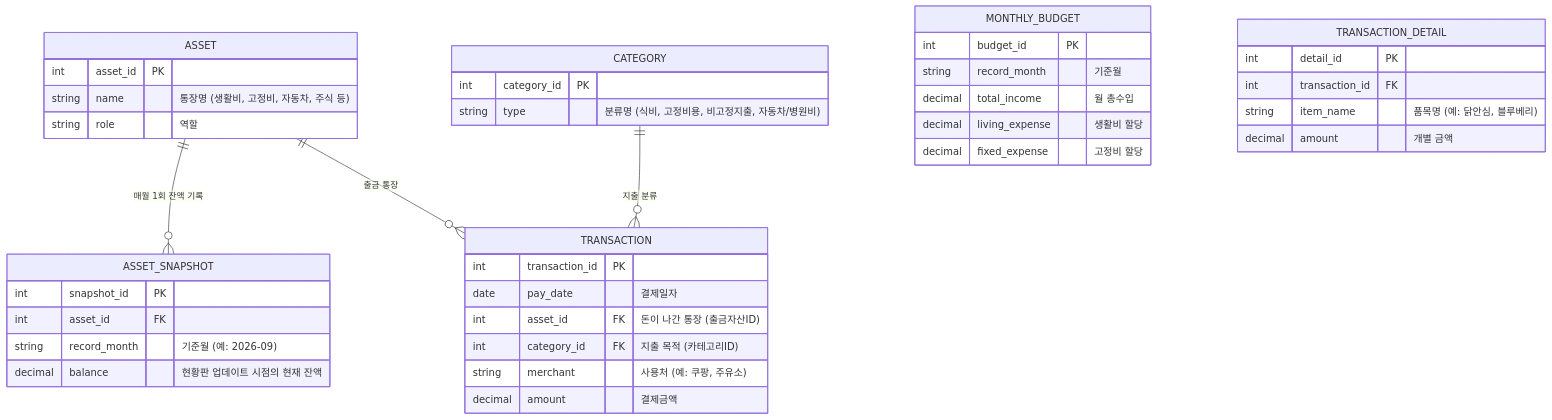
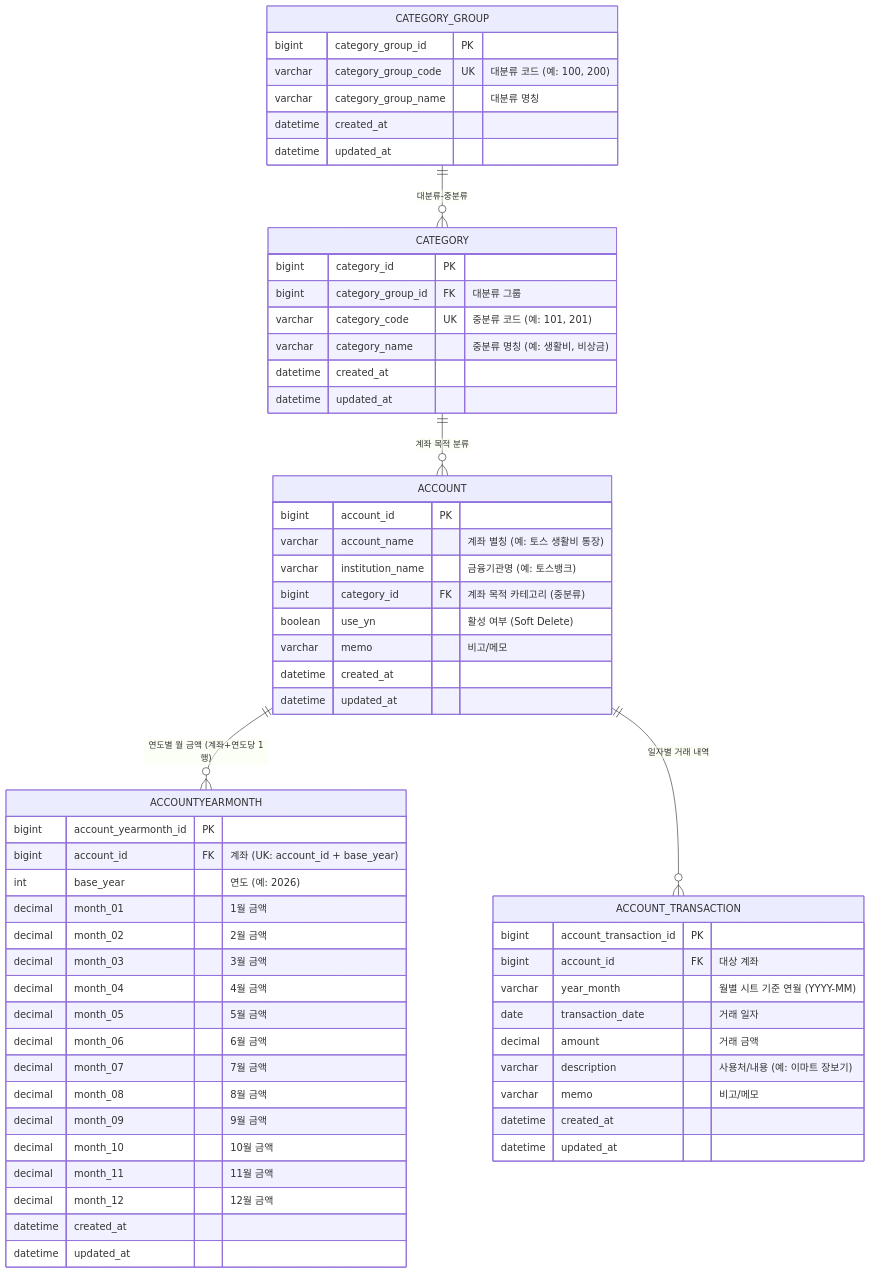
One commit to cdcpp/honey-budget changed the diagram in README.md. Above: the diagram before and after it, drawn with Mermaid. The commit also changed other lines of this file, not shown here.

Commit message:
feat : ERD 수정

````diff
--- a/README.md
+++ b/README.md
@@ -18,48 +18,67 @@
 ```mermaid
 erDiagram
-    ASSET ||--o{ ASSET_SNAPSHOT : "매월 1회 잔액 기록"
-    ASSET ||--o{ TRANSACTION : "출금 통장"
-    CATEGORY ||--o{ TRANSACTION : "지출 분류"
+    CATEGORY_GROUP ||--o{ CATEGORY : "대분류-중분류"
+    CATEGORY ||--o{ ACCOUNT : "계좌 목적 분류"
+    ACCOUNT ||--o{ ACCOUNTYEARMONTH : "연도별 월 금액 (계좌+연도당 1행)"
+    ACCOUNT ||--o{ ACCOUNT_TRANSACTION : "일자별 거래 내역"
 
-    ASSET {
-        int asset_id PK
-        string name "통장명 (생활비, 고정비, 자동차, 주식 등)"
-        string role "역할"
-    }
-    
-    ASSET_SNAPSHOT {
-        int snapshot_id PK
-        int asset_id FK
-        string record_month "기준월 (예: 2026-09)"
-        decimal balance "현황판 업데이트 시점의 현재 잔액"
-    }
-
-    MONTHLY_BUDGET {
-        int budget_id PK
-        string record_month "기준월"
-        decimal total_income "월 총수입"
-        decimal living_expense "생활비 할당"
-        decimal fixed_expense "고정비 할당"
+    CATEGORY_GROUP {
+        bigint category_group_id PK
+        varchar category_group_code UK "대분류 코드 (예: 100, 200)"
+        varchar category_group_name "대분류 명칭"
+        datetime created_at
+        datetime updated_at
     }
 
     CATEGORY {
-        int category_id PK
-        string type "분류명 (식비, 고정비용, 비고정지출, 자동차/병원비)"
+        bigint category_id PK
+        bigint category_group_id FK "대분류 그룹"
+        varchar category_code UK "중분류 코드 (예: 101, 201)"
+        varchar category_name "중분류 명칭 (예: 생활비, 비상금)"
+        datetime created_at
+        datetime updated_at
     }
 
-    TRANSACTION {
-        int transaction_id PK
-        date pay_date "결제일자"
-        int asset_id FK "돈이 나간 통장 (출금자산ID)"
-        int category_id FK "지출 목적 (카테고리ID)"
-        string merchant "사용처 (예: 쿠팡, 주유소)"
-        decimal amount "결제금액"
+    ACCOUNT {
+        bigint account_id PK
+        varchar account_name "계좌 별칭 (예: 토스 생활비 통장)"
+        varchar institution_name "금융기관명 (예: 토스뱅크)"
+        bigint category_id FK "계좌 목적 카테고리 (중분류)"
+        boolean use_yn "활성 여부 (Soft Delete)"
+        varchar memo "비고/메모"
+        datetime created_at
+        datetime updated_at
     }
 
-    TRANSACTION_DETAIL {
-        int detail_id PK
-        int transaction_id FK
-        string item_name "품목명 (예: 닭안심, 블루베리)"
-        decimal amount "개별 금액"
+    ACCOUNTYEARMONTH {
+        bigint account_yearmonth_id PK
+        bigint account_id FK "계좌 (UK: account_id + base_year)"
+        int base_year "연도 (예: 2026)"
+        decimal month_01 "1월 금액"
+        decimal month_02 "2월 금액"
+        decimal month_03 "3월 금액"
+        decimal month_04 "4월 금액"
+        decimal month_05 "5월 금액"
+        decimal month_06 "6월 금액"
+        decimal month_07 "7월 금액"
+        decimal month_08 "8월 금액"
+        decimal month_09 "9월 금액"
+        decimal month_10 "10월 금액"
+        decimal month_11 "11월 금액"
+        decimal month_12 "12월 금액"
+        datetime created_at
+        datetime updated_at
+    }
+
+    ACCOUNT_TRANSACTION {
+        bigint account_transaction_id PK
+        bigint account_id FK "대상 계좌"
+        varchar year_month "월별 시트 기준 연월 (YYYY-MM)"
+        date transaction_date "거래 일자"
+        decimal amount "거래 금액"
+        varchar description "사용처/내용 (예: 이마트 장보기)"
+        varchar memo "비고/메모"
+        datetime created_at
+        datetime updated_at
     }
 ```
````
